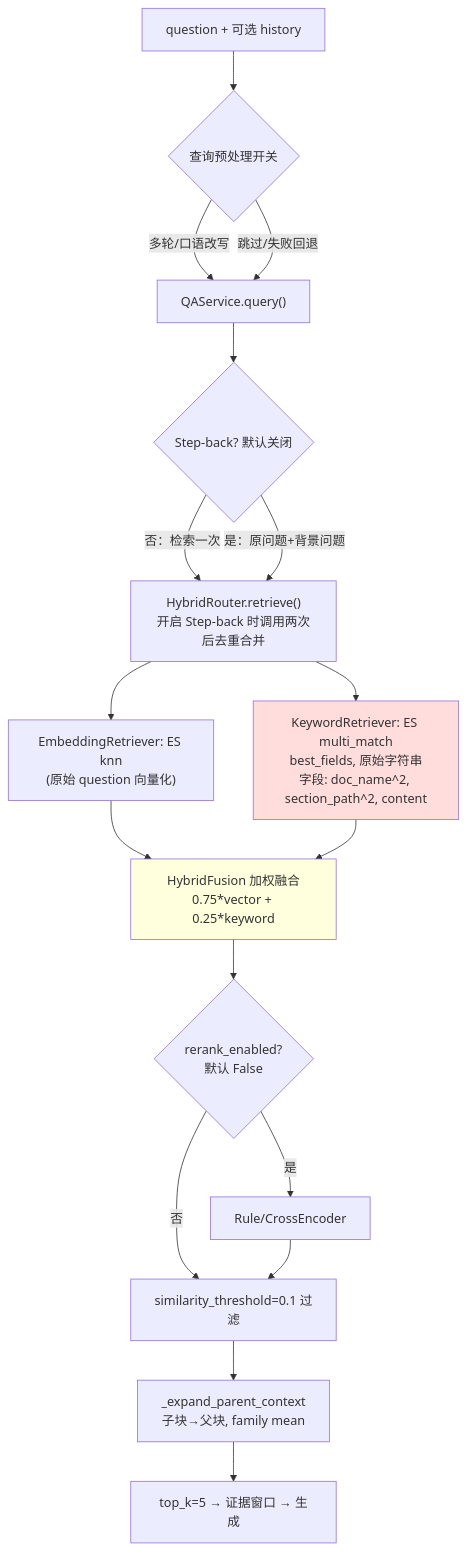
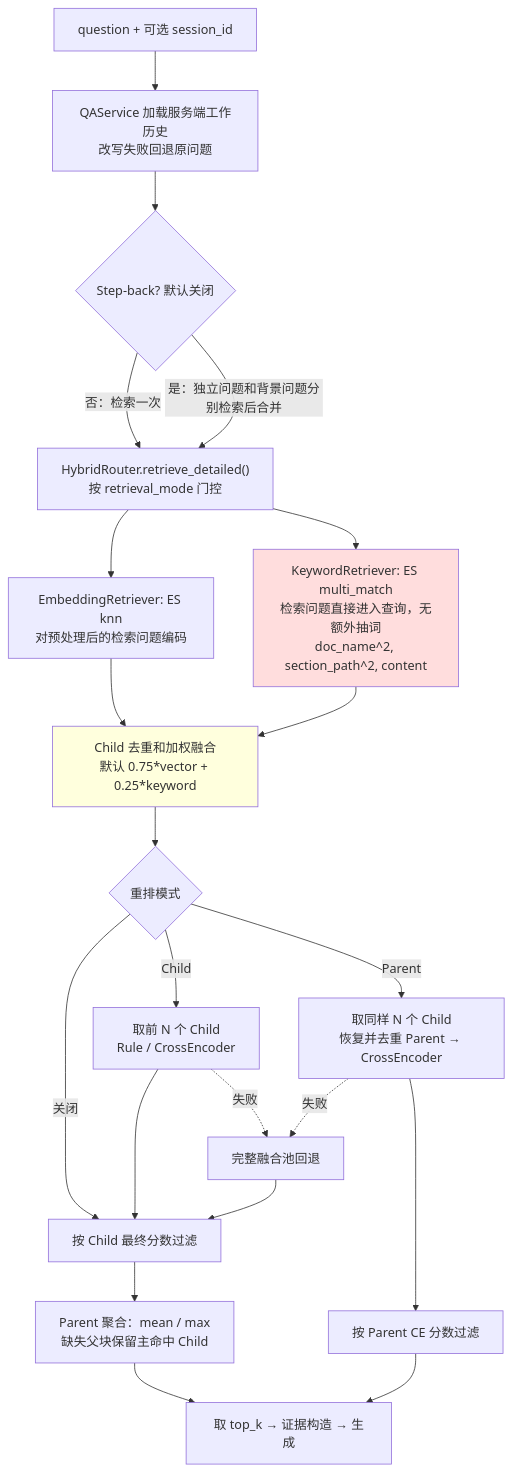
The fourth of 4 diagrams in docs/compare.md (wangfan787/ragFlow), drawn with Mermaid before and after one commit. The commit also changed other lines of this file and 34 other files, not shown here.

````diff
--- a/docs/compare.md
+++ b/docs/compare.md
@@ -336,22 +336,26 @@
 ```mermaid
 flowchart TD
-    Q["question + 可选 history"] --> RW{"查询预处理开关"}
-    RW -- "多轮/口语改写" --> QA["QAService.query()"]
-    RW -- "跳过/失败回退" --> QA
+    Q["question + 可选 session_id"] --> QA["QAService 加载服务端工作历史<br/>改写失败回退原问题"]
     QA --> SB{"Step-back? 默认关闭"}
-    SB -- "否：检索一次" --> HR["HybridRouter.retrieve()<br/>开启 Step-back 时调用两次后去重合并"]
-    SB -- "是：原问题+背景问题" --> HR
-    HR --> VR["EmbeddingRetriever: ES knn<br/>(原始 question 向量化)"]
-    HR --> KR["KeywordRetriever: ES multi_match<br/>best_fields, 原始字符串<br/>字段: doc_name^2, section_path^2, content"]
-    VR --> FUSE["HybridFusion 加权融合<br/>0.75*vector + 0.25*keyword"]
+    SB -- "否：检索一次" --> HR["HybridRouter.retrieve_detailed()<br/>按 retrieval_mode 门控"]
+    SB -- "是：独立问题和背景问题分别检索后合并" --> HR
+    HR --> VR["EmbeddingRetriever: ES knn<br/>对预处理后的检索问题编码"]
+    HR --> KR["KeywordRetriever: ES multi_match<br/>检索问题直接进入查询，无额外抽词<br/>doc_name^2, section_path^2, content"]
+    VR --> FUSE["Child 去重和加权融合<br/>默认 0.75*vector + 0.25*keyword"]
     KR --> FUSE
-    FUSE --> RR{"rerank_enabled?<br/>默认 False"}
-    RR -- 是 --> RER["Rule/CrossEncoder"]
-    RR -- 否 --> TH
-    RER --> TH["similarity_threshold=0.1 过滤"]
-    TH --> EXP["_expand_parent_context<br/>子块→父块, family mean"]
-    EXP --> TOP["top_k=5 → 证据窗口 → 生成"]
+    FUSE --> RR{"重排模式"}
+    RR -- "关闭" --> TH["按 Child 最终分数过滤"]
+    RR -- "Child" --> CR["取前 N 个 Child<br/>Rule / CrossEncoder"]
+    CR --> TH
+    RR -- "Parent" --> PR["取同样 N 个 Child<br/>恢复并去重 Parent → CrossEncoder"]
+    PR --> PTH["按 Parent CE 分数过滤"]
+    CR -. "失败" .-> FB["完整融合池回退"]
+    PR -. "失败" .-> FB
+    FB --> TH
+    TH --> EXP["Parent 聚合：mean / max<br/>缺失父块保留主命中 Child"]
+    EXP --> TOP["取 top_k → 证据构造 → 生成"]
+    PTH --> TOP
 
     style KR fill:#fdd
     style FUSE fill:#ffd
 ```
````
